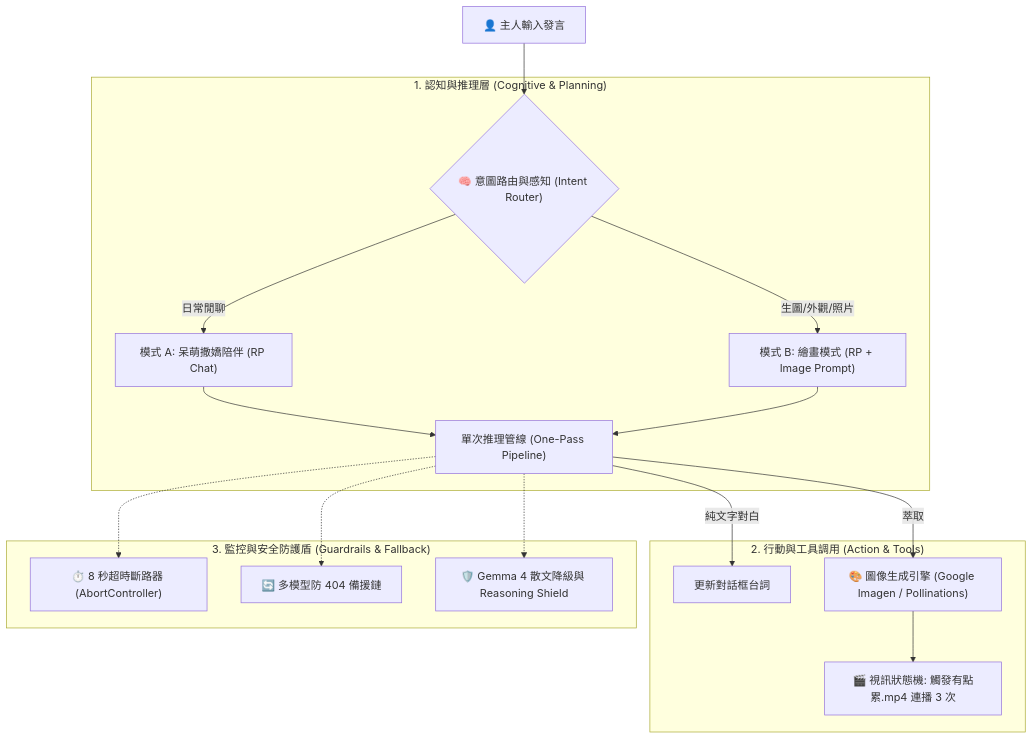
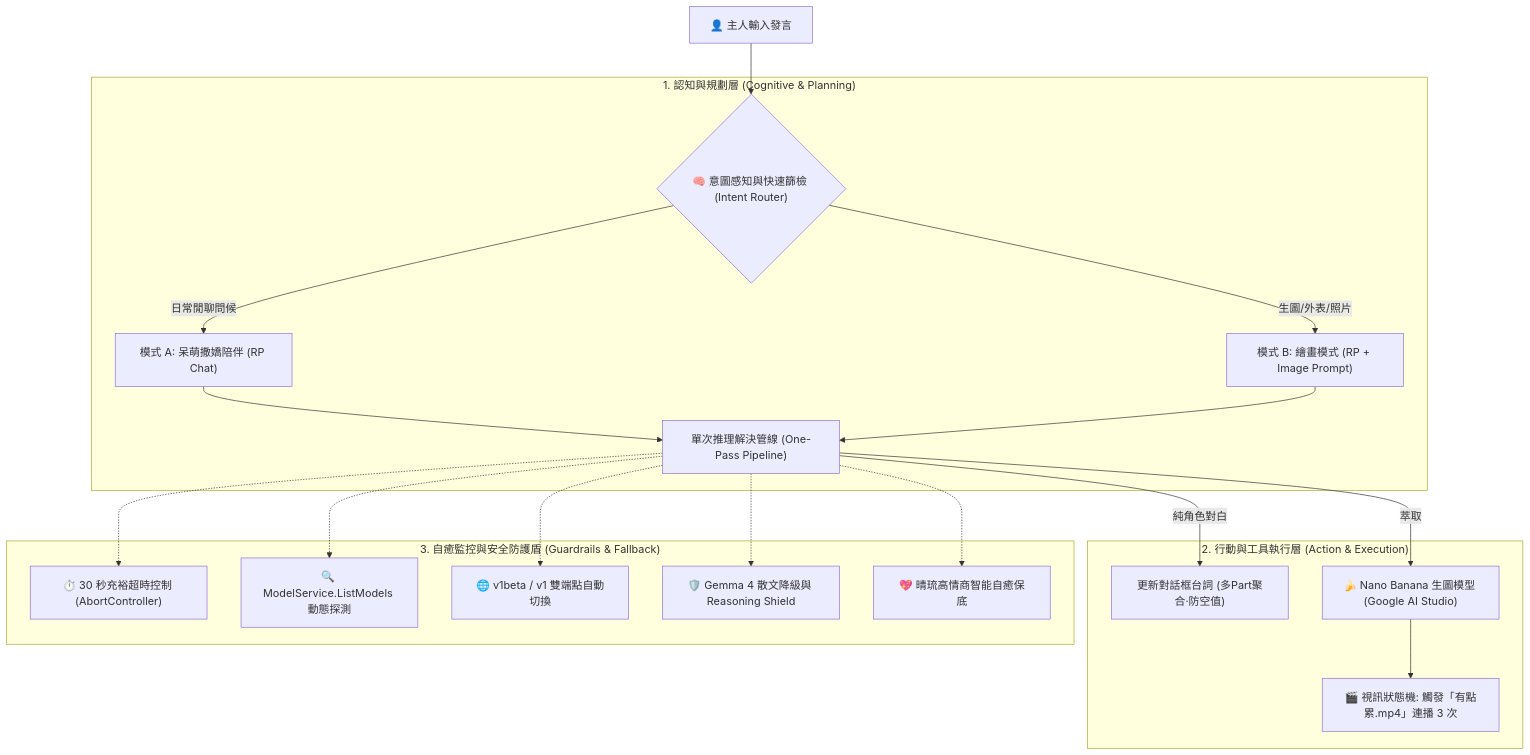
Before and after one commit to ShiroSakuraEGS/AI-character-test: the diagram in prompt.md, drawn with Mermaid. The commit also changed other lines of this file, not shown here.

Commit message:
docs: 全面更新 prompt.md 包含所有優化規範 (v2.9終極旗艦版)

````diff
--- a/prompt.md
+++ b/prompt.md
@@ -22,23 +23,25 @@
 ```mermaid
 flowchart TD
-    UserInput["👤 主人輸入發言"] --> Router{"🧠 意圖路由與感知 (Intent Router)"}
+    UserInput["👤 主人輸入發言"] --> Router{"🧠 意圖感知與快速篩檢 (Intent Router)"}
     
-    subgraph CognitiveLayer ["1. 認知與推理層 (Cognitive & Planning)"]
-        Router -->|"日常閒聊"| ModeA["模式 A: 呆萌撒嬌陪伴 (RP Chat)"]
-        Router -->|"生圖/外觀/照片"| ModeB["模式 B: 繪畫模式 (RP + Image Prompt)"]
-        ModeA --> LLMOnePass["單次推理管線 (One-Pass Pipeline)"]
+    subgraph CognitiveLayer ["1. 認知與規劃層 (Cognitive & Planning)"]
+        Router -->|"日常閒聊問候"| ModeA["模式 A: 呆萌撒嬌陪伴 (RP Chat)"]
+        Router -->|"生圖/外表/照片"| ModeB["模式 B: 繪畫模式 (RP + Image Prompt)"]
+        ModeA --> LLMOnePass["單次推理解決管線 (One-Pass Pipeline)"]
         ModeB --> LLMOnePass
     end
 
-    subgraph ToolLayer ["2. 行動與工具調用 (Action & Tools)"]
-        LLMOnePass -->|"純文字對白"| UIUpdate["更新對話框台詞"]
-        LLMOnePass -->|"萃取 <image_prompt>"| ImgGen["🎨 圖像生成引擎 (Google Imagen / Pollinations)"]
-        ImgGen --> FSM["🎬 視訊狀態機: 觸發有點累.mp4 連播 3 次"]
+    subgraph ToolLayer ["2. 行動與工具執行層 (Action & Execution)"]
+        LLMOnePass -->|"純角色對白"| UIUpdate["更新對話框台詞 (多Part聚合·防空值)"]
+        LLMOnePass -->|"萃取 <image_prompt>"| ImgGen["🍌 Nano Banana 生圖模型 (Google AI Studio)"]
+        ImgGen --> FSM["🎬 視訊狀態機: 觸發「有點累.mp4」連播 3 次"]
     end
 
-    subgraph ShieldLayer ["3. 監控與安全防護盾 (Guardrails & Fallback)"]
-        LLMOnePass -.-> Timeout["⏱️ 8 秒超時斷路器 (AbortController)"]
-        LLMOnePass -.-> Fallback["🔄 多模型防 404 備援鏈"]
-        LLMOnePass -.-> ProseShield["🛡️ Gemma 4 散文降級與 Reasoning Shield"]
+    subgraph ShieldLayer ["3. 自癒監控與安全防護盾 (Guardrails & Fallback)"]
+        LLMOnePass -.-> Timeout["⏱️ 30 秒充裕超時控制 (AbortController)"]
+        LLMOnePass -.-> ListModels["🔍 ModelService.ListModels 動態探測"]
+        LLMOnePass -.-> DualVer["🌐 v1beta / v1 雙端點自動切換"]
+        LLMOnePass -.-> Shield["🛡️ Gemma 4 散文降級與 Reasoning Shield"]
+        LLMOnePass -.-> AutoHeal["💖 晴琉高情商智能自癒保底"]
     end
 ```
````
